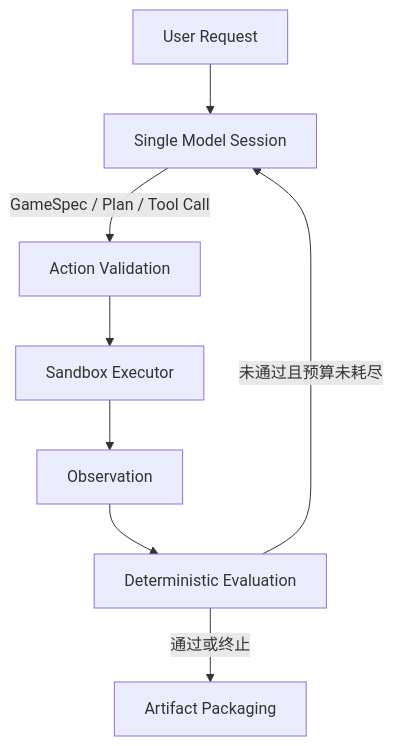
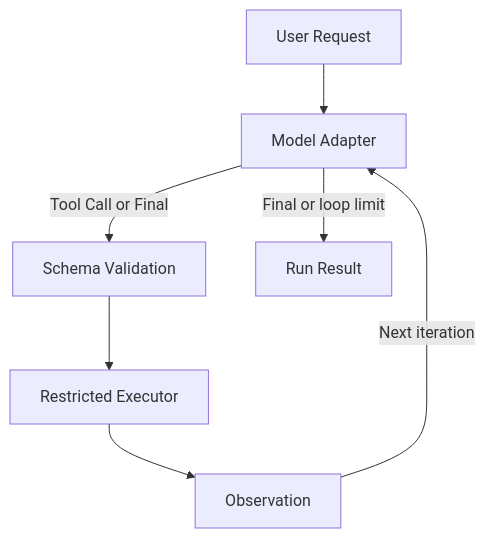
The first of 2 diagrams in ARCHITECTURE.md (lucienne-li/strategy-game-prototyping-agent), drawn with Mermaid before and after one commit. The commit also changed other lines of this file and 19 other files, not shown here.

````diff
--- a/ARCHITECTURE.md
+++ b/ARCHITECTURE.md
@@ -14,10 +14,9 @@
 ```mermaid
 flowchart TB
-    U["User Request"] --> M["Single Model Session"]
-    M -->|"GameSpec / Plan / Tool Call"| V["Action Validation"]
-    V --> X["Sandbox Executor"]
+    U["User Request"] --> M["Model Adapter"]
+    M -->|"Tool Call or Final"| V["Schema Validation"]
+    V --> X["Restricted Executor"]
     X --> O["Observation"]
-    O --> E["Deterministic Evaluation"]
-    E -->|"未通过且预算未耗尽"| M
-    E -->|"通过或终止"| P["Artifact Packaging"]
+    O -->|"Next iteration"| M
+    M -->|"Final or loop limit"| R["Run Result"]
 ```
````
